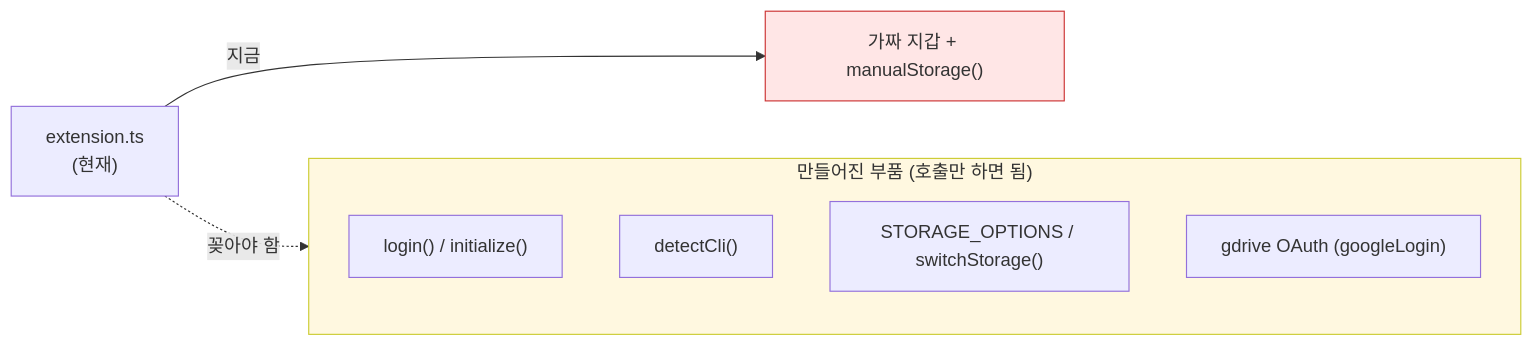
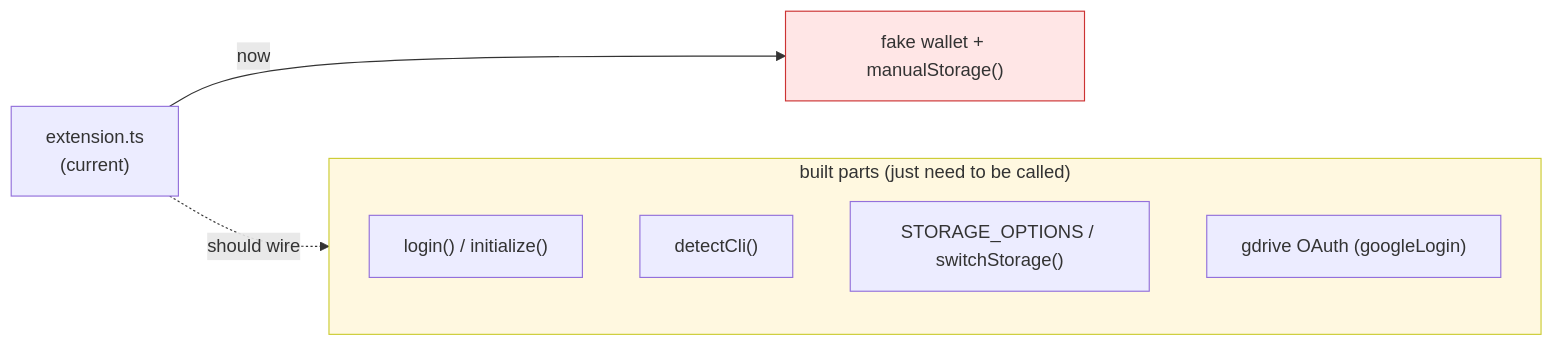
The second of 2 diagrams in plans/STATUS.md (IQCoreTeam/AgentNet), drawn with Mermaid before and after one commit. The commit also changed other lines of this file, not shown here.

````diff
--- a/plans/STATUS.md
+++ b/plans/STATUS.md
@@ -93,13 +96,13 @@
 ```mermaid
 flowchart LR
-    EXT["extension.ts<br/>(현재)"] -->|"지금"| FAKE["가짜 지갑 + manualStorage()"]
-    EXT -.->|"꽂아야 함"| READY["이미 만든 부품들"]
-    subgraph READY["만들어진 부품 (호출만 하면 됨)"]
+    EXT["extension.ts<br/>(current)"] -->|"now"| FAKE["fake wallet + manualStorage()"]
+    EXT -.->|"should wire"| READY["already-built parts"]
+    subgraph READY["built parts (just need to be called)"]
         L["login() / initialize()"]
         D["detectCli()"]
         S["STORAGE_OPTIONS / switchStorage()"]
         G["gdrive OAuth (googleLogin)"]
     end
     style FAKE fill:#ffe6e6,stroke:#c33
     style READY fill:#fff8e0,stroke:#cc3
 ```
````
